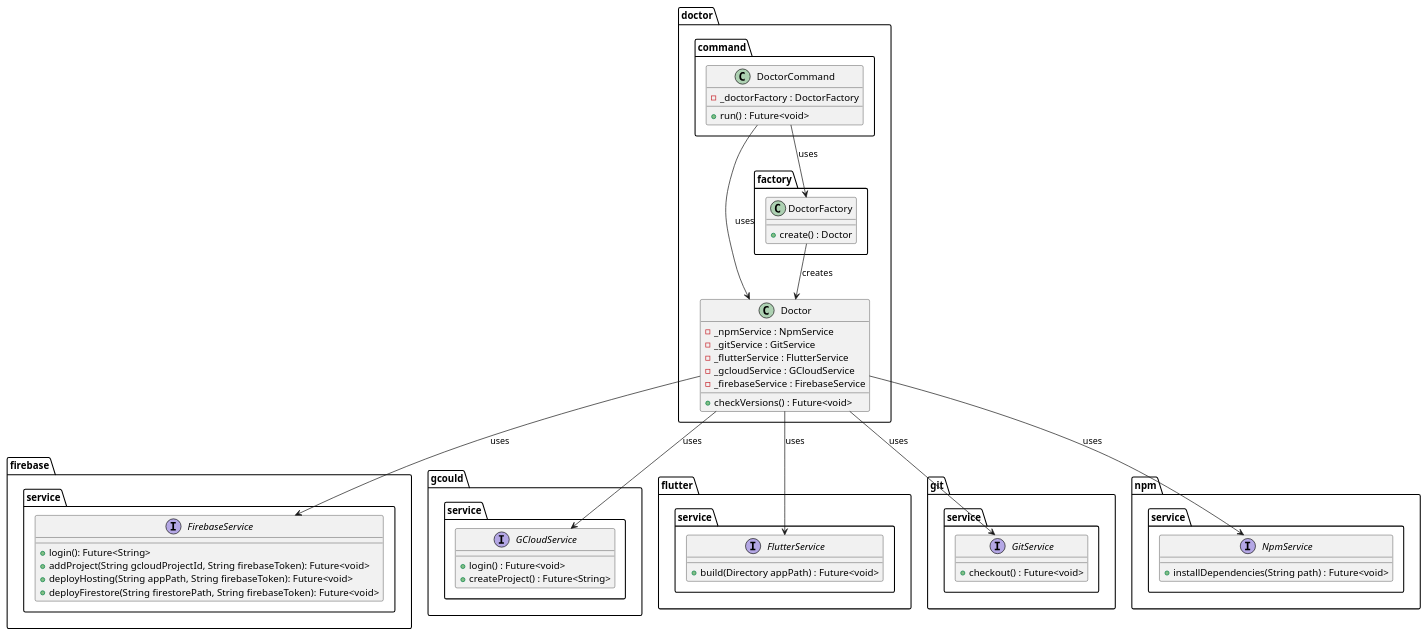
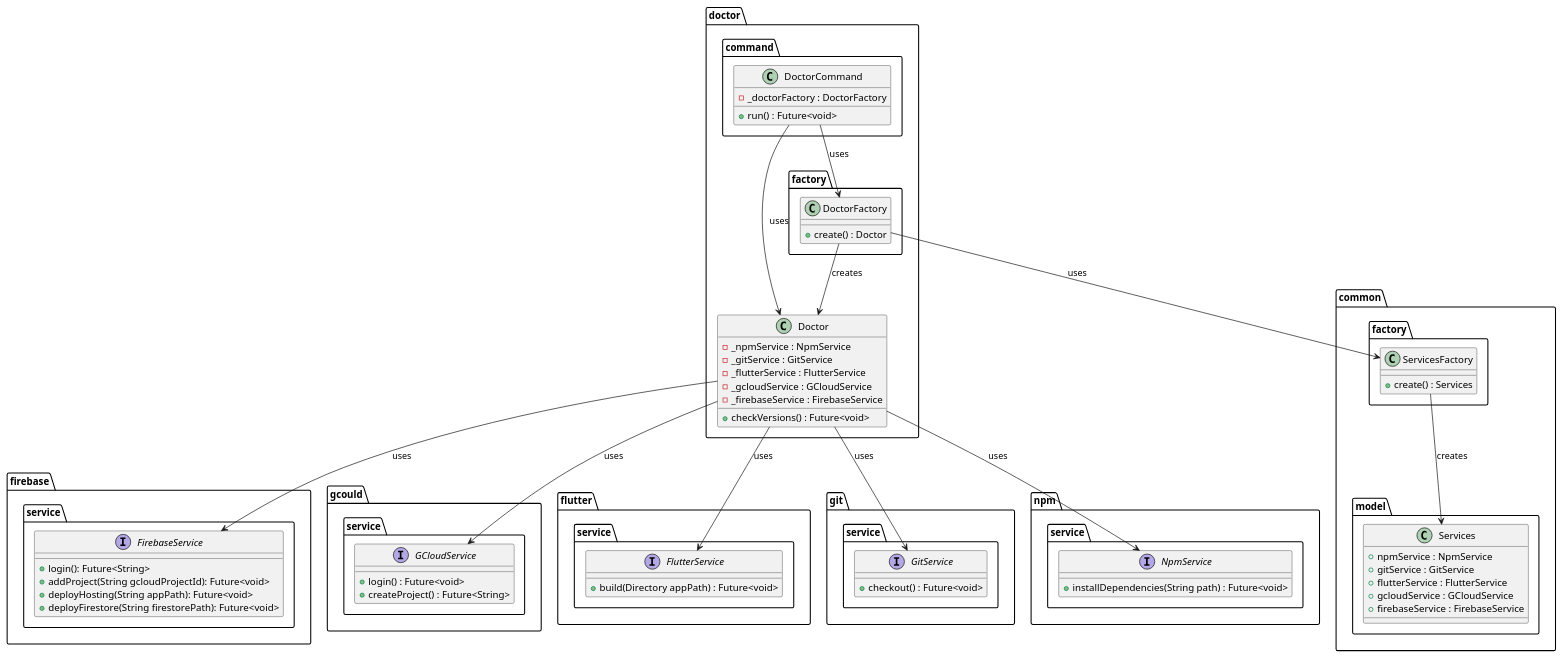
Before and after one commit to Flank/flank-dashboard: the diagram in metrics/cli/docs/diagrams/doctor_command_class_diagram.puml, drawn with PlantUML. The commit also changed 7 other files, not shown here.

```diff
--- a/metrics/cli/docs/diagrams/doctor_command_class_diagram.puml
+++ b/metrics/cli/docs/diagrams/doctor_command_class_diagram.puml
@@ -1,72 +1,93 @@
 @startuml doctor_command_class_diagram
 
 package firebase.service {
     interface FirebaseService {
         + login(): Future<String>
-        + addProject(String gcloudProjectId, String firebaseToken): Future<void>
-        + deployHosting(String appPath, String firebaseToken): Future<void>
-        + deployFirestore(String firestorePath, String firebaseToken): Future<void>
+        + addProject(String gcloudProjectId): Future<void>
+        + deployHosting(String appPath): Future<void>
+        + deployFirestore(String firestorePath): Future<void>
     }
 }
 
 package gcould.service {
     interface GCloudService {
         + login() : Future<void>
         + createProject() : Future<String>
     }
 }
 
 package flutter.service {
     interface FlutterService  {
         + build(Directory appPath) : Future<void>
     }
 }
 
 package git.service{
     interface GitService  {
         + checkout() : Future<void>
     }
 }
 
 package npm.service {
     interface NpmService  {
         + installDependencies(String path) : Future<void>
+    }
+}
+
+package common {
+    package model {
+        class Services {
+            + npmService : NpmService
+            + gitService : GitService
+            + flutterService : FlutterService
+            + gcloudService : GCloudService
+            + firebaseService : FirebaseService
+        }
+    }
+
+    package factory as common.factory{
+        class ServicesFactory {
+            + create() : Services
+        }
     }
 }
 
 package doctor {
     package command {
         class DoctorCommand {
             - _doctorFactory : DoctorFactory
             + run() : Future<void>
         }
     }
 
     package factory {
         class DoctorFactory {
             + create() : Doctor
         }
     }
 
     class Doctor {
         - _npmService : NpmService
         - _gitService : GitService
         - _flutterService : FlutterService
         - _gcloudService : GCloudService
         - _firebaseService : FirebaseService
         + checkVersions() : Future<void>
     }
 }
 
 DoctorCommand -down-> Doctor : uses
 DoctorCommand --> DoctorFactory : uses
 
 DoctorFactory --> Doctor : creates
+DoctorFactory --> ServicesFactory : uses
+
+ServicesFactory --> Services : creates
 
 Doctor -down-> NpmService : uses
 Doctor -down-> GitService : uses
 Doctor -down-> FlutterService : uses
 Doctor -down-> GCloudService : uses
 Doctor -down-> FirebaseService : uses
 
 @enduml
```
